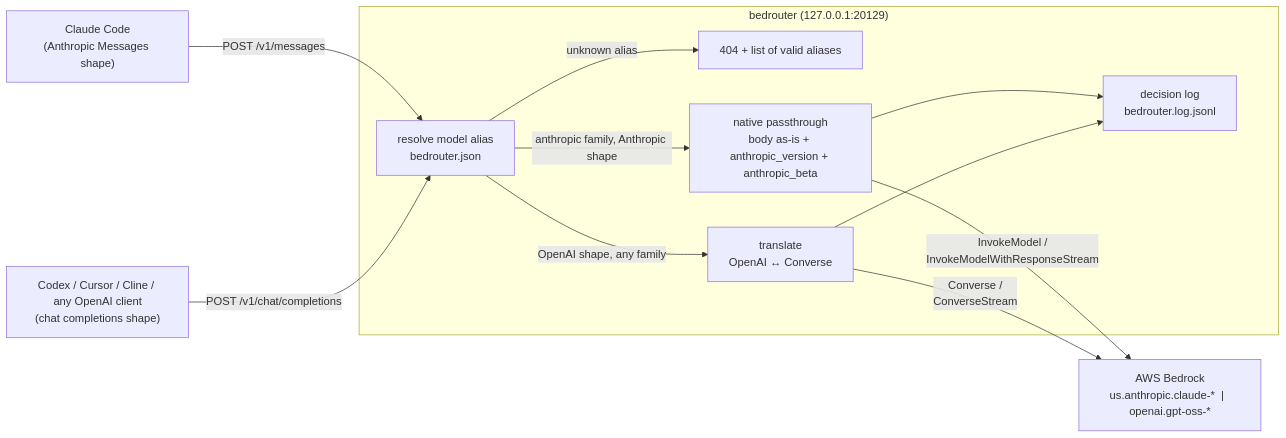
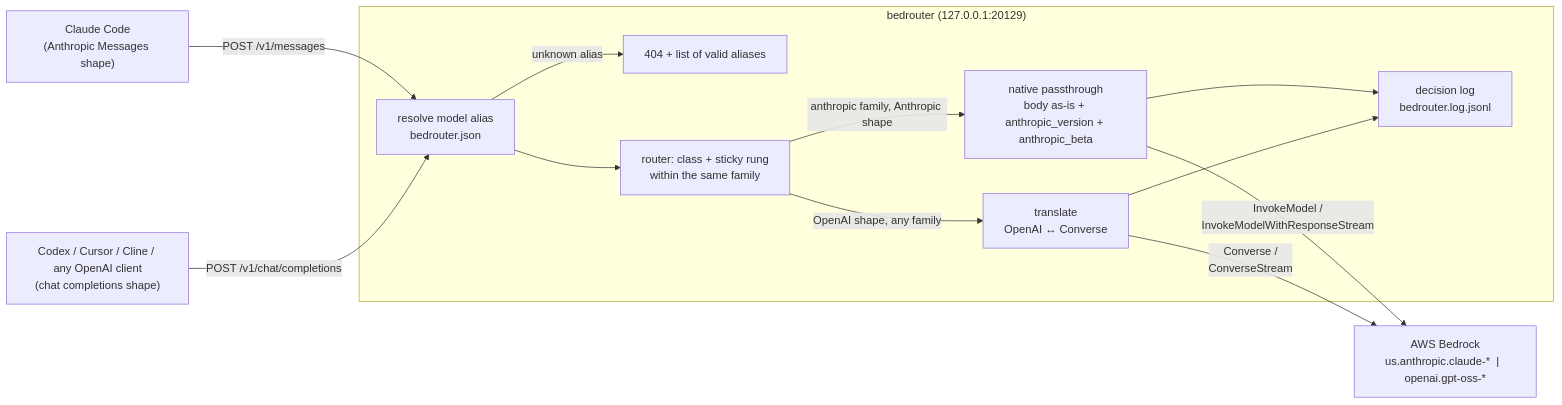
The diagram in README.md (bmelton/bedrouter), drawn with Mermaid before and after one commit. The commit also changed other lines of this file and 7 other files, not shown here.

First line of the commit message:
Class-based router: execute/explore classes, sticky conversations, escalation, bypass header, log fields

````diff
--- a/README.md
+++ b/README.md
@@ -9,16 +9,17 @@
 ```mermaid
 flowchart LR
     CC["Claude Code<br/>(Anthropic Messages shape)"] -->|"POST /v1/messages"| R
     OA["Codex / Cursor / Cline / any OpenAI client<br/>(chat completions shape)"] -->|"POST /v1/chat/completions"| R
 
     subgraph Bedrouter ["bedrouter (127.0.0.1:20129)"]
         R["resolve model alias<br/>bedrouter.json"] -->|"unknown alias"| E404["404 + list of valid aliases"]
-        R -->|"anthropic family, Anthropic shape"| P["native passthrough<br/>body as-is + anthropic_version + anthropic_beta"]
-        R -->|"OpenAI shape, any family"| T["translate<br/>OpenAI &harr; Converse"]
+        R --> X["router: class + sticky rung<br/>within the same family"]
+        X -->|"anthropic family, Anthropic shape"| P["native passthrough<br/>body as-is + anthropic_version + anthropic_beta"]
+        X -->|"OpenAI shape, any family"| T["translate<br/>OpenAI &harr; Converse"]
         P --> L
         T --> L["decision log<br/>bedrouter.log.jsonl"]
     end
 
     P -->|"InvokeModel /<br/>InvokeModelWithResponseStream"| B
     T -->|"Converse /<br/>ConverseStream"| B["AWS Bedrock<br/>us.anthropic.claude-* &nbsp;|&nbsp; openai.gpt-oss-*"]
 ```
````
